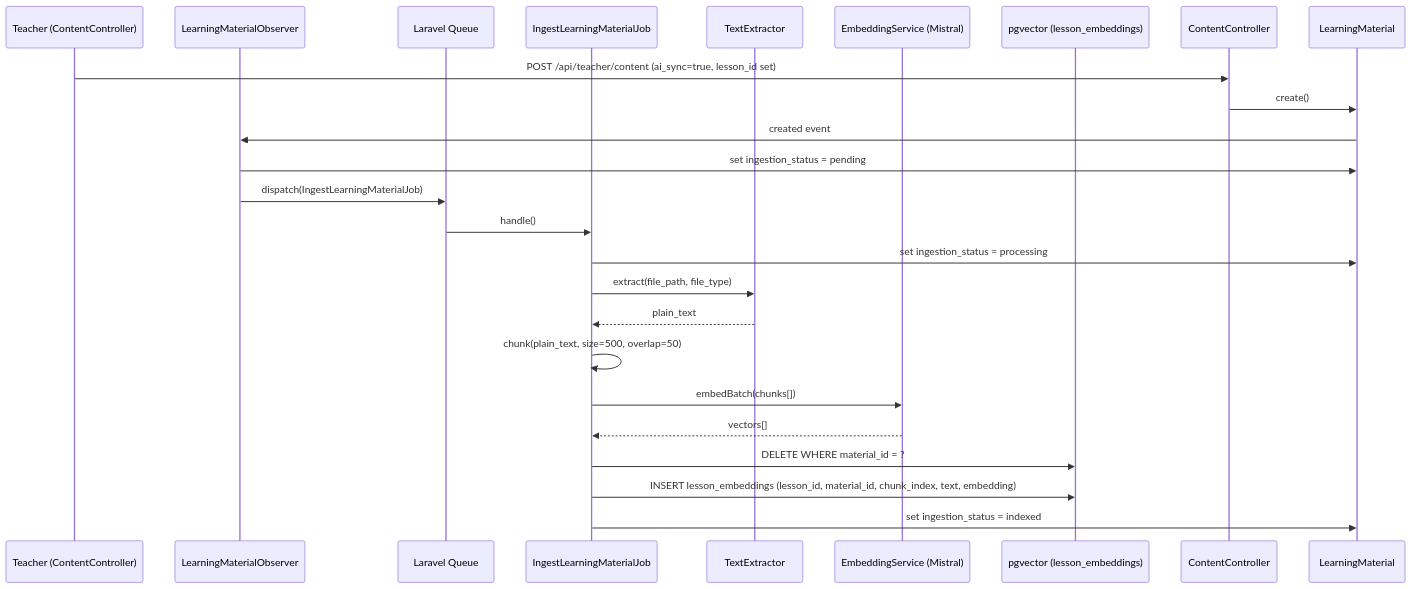
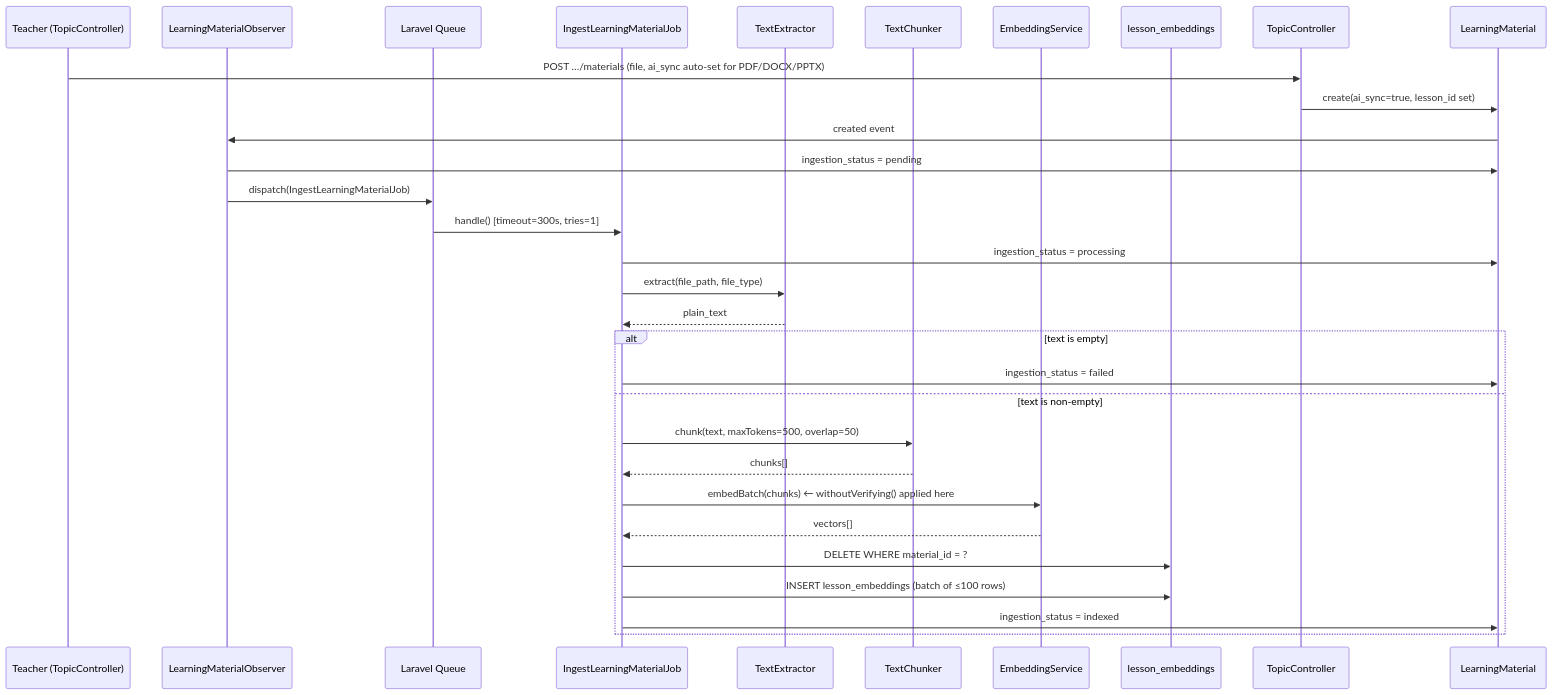
The second of 2 diagrams in .kiro/specs/lesson-rag-chat/design.md (csmonterola/Learnshift), drawn with Mermaid before and after one commit. The commit also changed other lines of this file and 21 other files, not shown here.

````diff
--- a/.kiro/specs/lesson-rag-chat/design.md
+++ b/.kiro/specs/lesson-rag-chat/design.md
@@ -49,26 +113,32 @@
 ```mermaid
 sequenceDiagram
-    participant T as Teacher (ContentController)
+    participant T as Teacher (TopicController)
     participant Obs as LearningMaterialObserver
     participant Q as Laravel Queue
     participant Job as IngestLearningMaterialJob
     participant Ext as TextExtractor
-    participant Emb as EmbeddingService (Mistral)
-    participant PG as pgvector (lesson_embeddings)
+    participant Chu as TextChunker
+    participant Emb as EmbeddingService
+    participant PG as lesson_embeddings
 
-    T->>ContentController: POST /api/teacher/content (ai_sync=true, lesson_id set)
-    ContentController->>LearningMaterial: create()
+    T->>TopicController: POST …/materials (file, ai_sync auto-set for PDF/DOCX/PPTX)
+    TopicController->>LearningMaterial: create(ai_sync=true, lesson_id set)
     LearningMaterial->>Obs: created event
-    Obs->>LearningMaterial: set ingestion_status = pending
+    Obs->>LearningMaterial: ingestion_status = pending
     Obs->>Q: dispatch(IngestLearningMaterialJob)
-    Q->>Job: handle()
-    Job->>LearningMaterial: set ingestion_status = processing
+    Q->>Job: handle() [timeout=300s, tries=1]
+    Job->>LearningMaterial: ingestion_status = processing
     Job->>Ext: extract(file_path, file_type)
     Ext-->>Job: plain_text
-    Job->>Job: chunk(plain_text, size=500, overlap=50)
-    Job->>Emb: embedBatch(chunks[])
-    Emb-->>Job: vectors[]
-    Job->>PG: DELETE WHERE material_id = ?
-    Job->>PG: INSERT lesson_embeddings (lesson_id, material_id, chunk_index, text, embedding)
-    Job->>LearningMaterial: set ingestion_status = indexed
+    alt text is empty
+        Job->>LearningMaterial: ingestion_status = failed
+    else text is non-empty
+        Job->>Chu: chunk(text, maxTokens=500, overlap=50)
+        Chu-->>Job: chunks[]
+        Job->>Emb: embedBatch(chunks)   ← withoutVerifying() applied here
+        Emb-->>Job: vectors[]
+        Job->>PG: DELETE WHERE material_id = ?
+        Job->>PG: INSERT lesson_embeddings (batch of ≤100 rows)
+        Job->>LearningMaterial: ingestion_status = indexed
+    end
 ```
````
